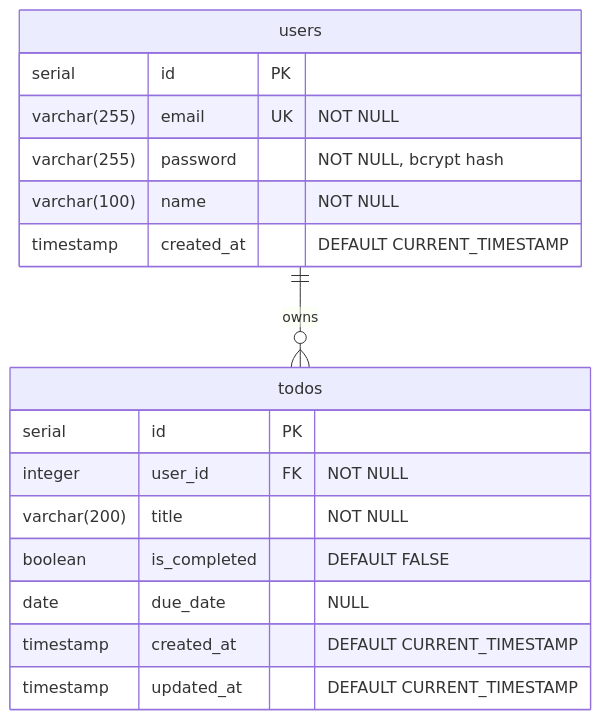
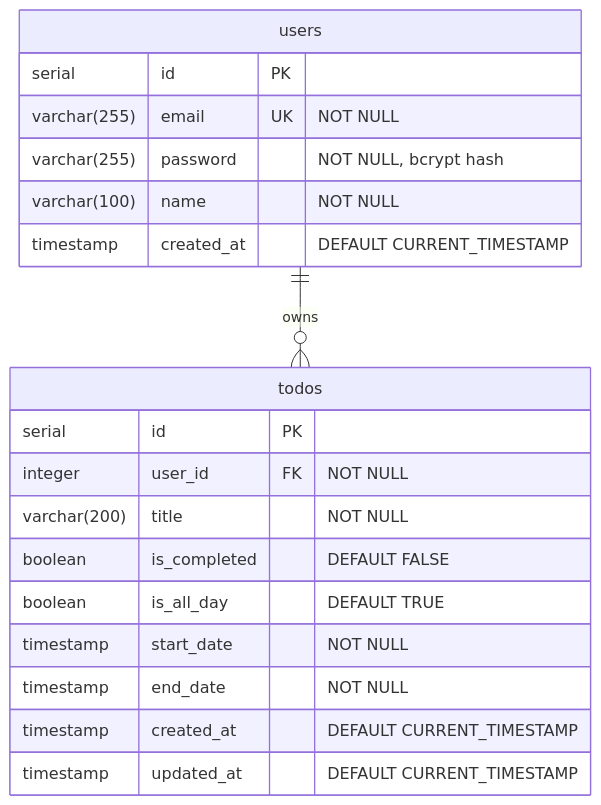
The first of 2 diagrams in docs/6-erd.md (mintreal/jan-todolist), drawn with Mermaid before and after one commit. The commit also changed other lines of this file, not shown here.

Commit message:
erd 변경

````diff
--- a/docs/6-erd.md
+++ b/docs/6-erd.md
@@ -33,22 +34,24 @@
 ```mermaid
 erDiagram
     users ||--o{ todos : "owns"
 
     users {
         serial id PK
         varchar(255) email UK "NOT NULL"
         varchar(255) password "NOT NULL, bcrypt hash"
         varchar(100) name "NOT NULL"
         timestamp created_at "DEFAULT CURRENT_TIMESTAMP"
     }
 
     todos {
         serial id PK
         integer user_id FK "NOT NULL"
         varchar(200) title "NOT NULL"
         boolean is_completed "DEFAULT FALSE"
-        date due_date "NULL"
+        boolean is_all_day "DEFAULT TRUE"
+        timestamp start_date "NOT NULL"
+        timestamp end_date "NOT NULL"
         timestamp created_at "DEFAULT CURRENT_TIMESTAMP"
         timestamp updated_at "DEFAULT CURRENT_TIMESTAMP"
     }
 ```
````
